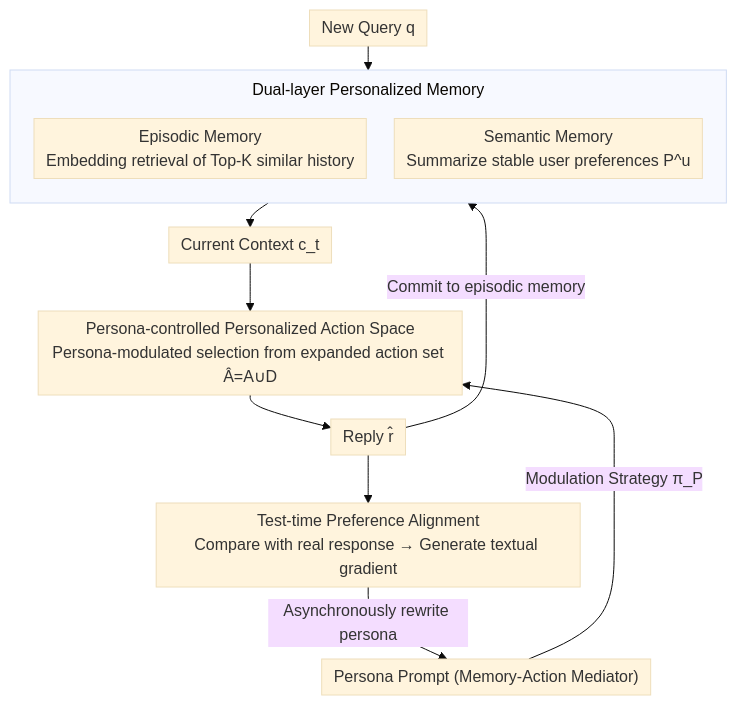
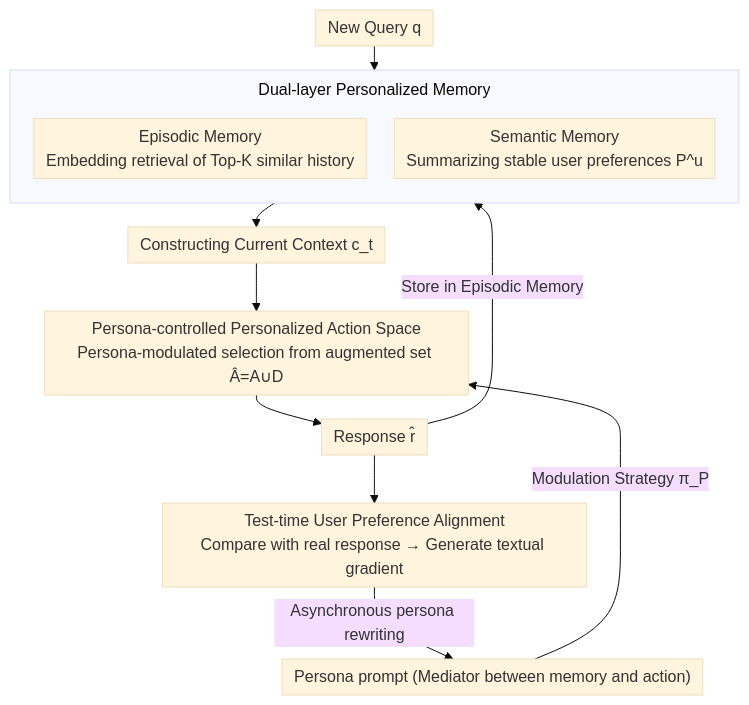
The diagram in docs/ACL2026/llm_agent/personaagent_bridging_memory_and_action_for_personalized_llm_agents.md (zhaoyang97/Paper-Notes-en), drawn with Mermaid (base theme) before and after one commit. The commit also changed other lines of this file and 5084 other files, not shown here.

````diff
--- a/docs/ACL2026/llm_agent/personaagent_bridging_memory_and_action_for_personalized_llm_agents.md
+++ b/docs/ACL2026/llm_agent/personaagent_bridging_memory_and_action_for_personalized_llm_agents.md
@@ -46,17 +46,17 @@
 ```mermaid
 %%{init: {'flowchart': {'rankSpacing': 24, 'nodeSpacing': 28, 'padding': 6, 'wrappingWidth': 400, 'subGraphTitleMargin': {'top': 8, 'bottom': 16}}}}%%
 flowchart TD
     Q["New Query q"] --> MEM
     subgraph MEM["Dual-layer Personalized Memory"]
         direction TB
         EP["Episodic Memory<br/>Embedding retrieval of Top-K similar history"]
-        SEM["Semantic Memory<br/>Summarize stable user preferences P^u"]
+        SEM["Semantic Memory<br/>Summarizing stable user preferences P^u"]
     end
-    MEM --> CTX["Current Context c_t"]
-    CTX --> ACT["Persona-controlled Personalized Action Space<br/>Persona-modulated selection from expanded action set Â=A∪D"]
-    PER["Persona Prompt (Memory-Action Mediator)"] -->|Modulation Strategy π_P| ACT
-    ACT --> R["Reply r̂"]
-    R -->|Commit to episodic memory| MEM
-    R --> ALIGN["Test-time Preference Alignment<br/>Compare with real response → Generate textual gradient"]
-    ALIGN -->|Asynchronously rewrite persona| PER
+    MEM --> CTX["Constructing Current Context c_t"]
+    CTX --> ACT["Persona-controlled Personalized Action Space<br/>Persona-modulated selection from augmented set Â=A∪D"]
+    PER["Persona prompt (Mediator between memory and action)"] -->|Modulation Strategy π_P| ACT
+    ACT --> R["Response r̂"]
+    R -->|Store in Episodic Memory| MEM
+    R --> ALIGN["Test-time User Preference Alignment<br/>Compare with real response → Generate textual gradient"]
+    ALIGN -->|Asynchronous persona rewriting| PER
 ```
````
